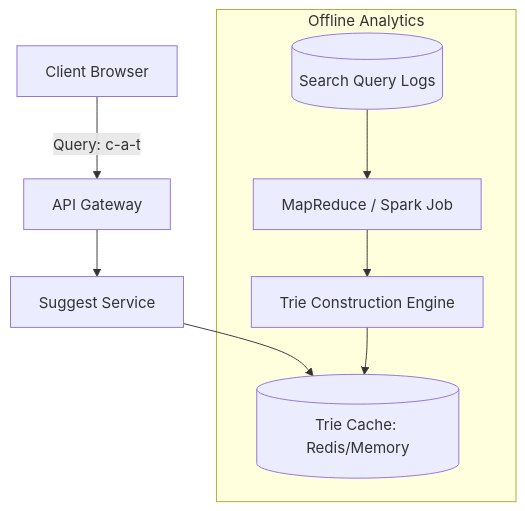
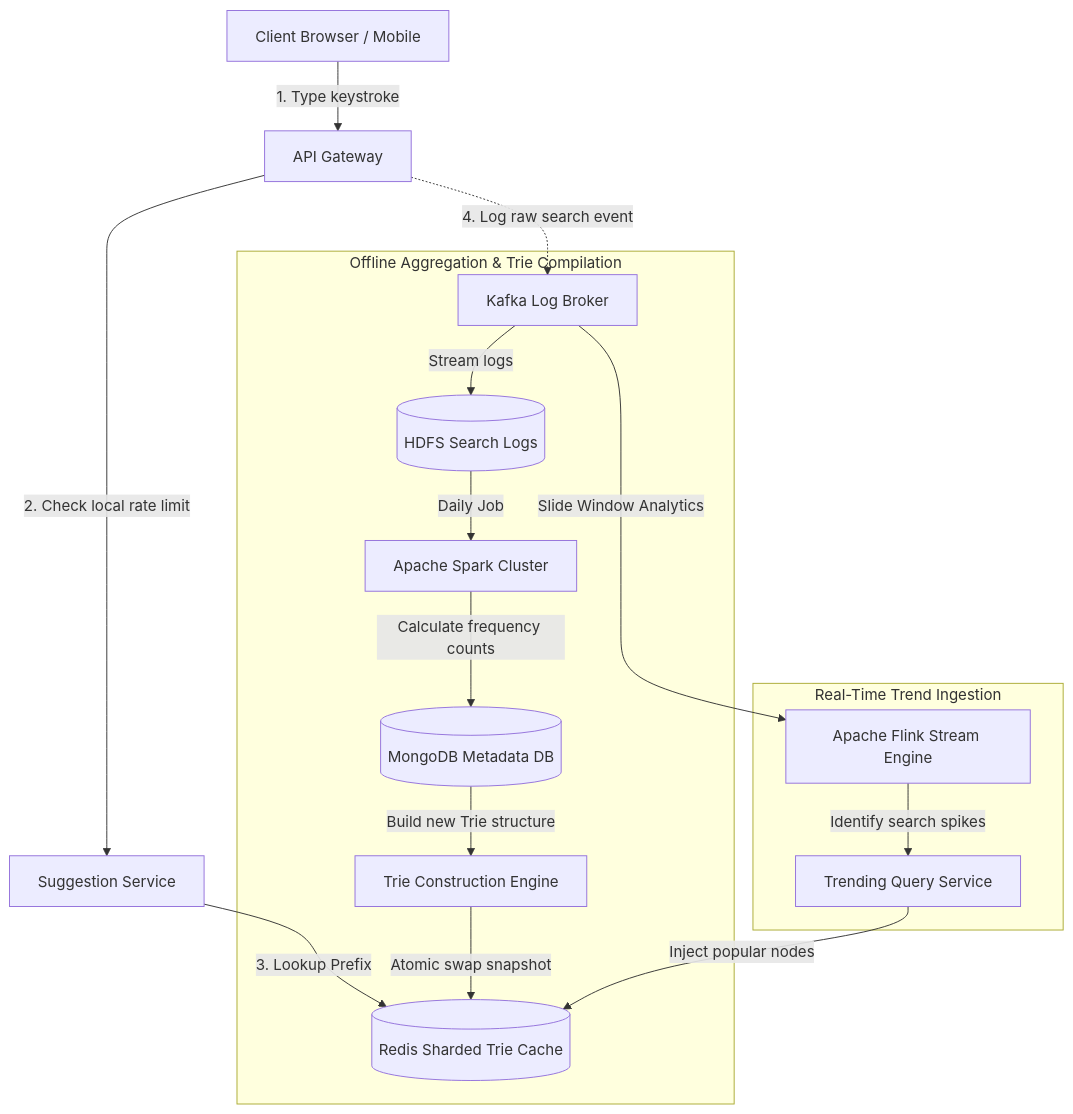
The diagram in high-level-design/concepts/29-design-search-autocomplete.md (gp330841/interview), drawn with Mermaid before and after one commit. The commit also changed other lines of this file and 66 other files, not shown here.

````diff
--- a/high-level-design/concepts/29-design-search-autocomplete.md
+++ b/high-level-design/concepts/29-design-search-autocomplete.md
@@ -33,12 +47,26 @@
 ```mermaid
 flowchart TD
-    Client[Client Browser] -->|Query: c-a-t| Gateway[API Gateway]
-    Gateway --> SearchService[Suggest Service]
-    SearchService --> TrieCache[(Trie Cache: Redis/Memory)]
+    %% Real-time Read Path
+    Client[Client Browser / Mobile] -->|1. Type keystroke| Gateway[API Gateway]
+    Gateway -->|2. Check local rate limit| SuggestSvc[Suggestion Service]
+    SuggestSvc -->|3. Lookup Prefix| RedisTrie[(Redis Sharded Trie Cache)]
     
-    subgraph Offline Analytics
-        Logs[(Search Query Logs)] --> MapReduce[MapReduce / Spark Job]
-        MapReduce --> TrieBuilder[Trie Construction Engine]
-        TrieBuilder --> TrieCache
+    %% Real-time Telemetry
+    Gateway -.->|4. Log raw search event| Kafka[Kafka Log Broker]
+    
+    %% Offline Compilation Path
+    subgraph DataPipeline [Offline Aggregation & Trie Compilation]
+        Kafka -->|Stream logs| HDFS[(HDFS Search Logs)]
+        HDFS -->|Daily Job| Spark[Apache Spark Cluster]
+        Spark -->|Calculate frequency counts| AggregatedDB[(MongoDB Metadata DB)]
+        AggregatedDB -->|Build new Trie structure| TrieBuilder[Trie Construction Engine]
+        TrieBuilder -->|Atomic swap snapshot| RedisTrie
+    end
+    
+    %% Real-Time Stream (Trending Topics)
+    subgraph RealTimePipeline [Real-Time Trend Ingestion]
+        Kafka -->|Slide Window Analytics| Flink[Apache Flink Stream Engine]
+        Flink -->|Identify search spikes| TrendSvc[Trending Query Service]
+        TrendSvc -->|Inject popular nodes| RedisTrie
     end
 ```
````
